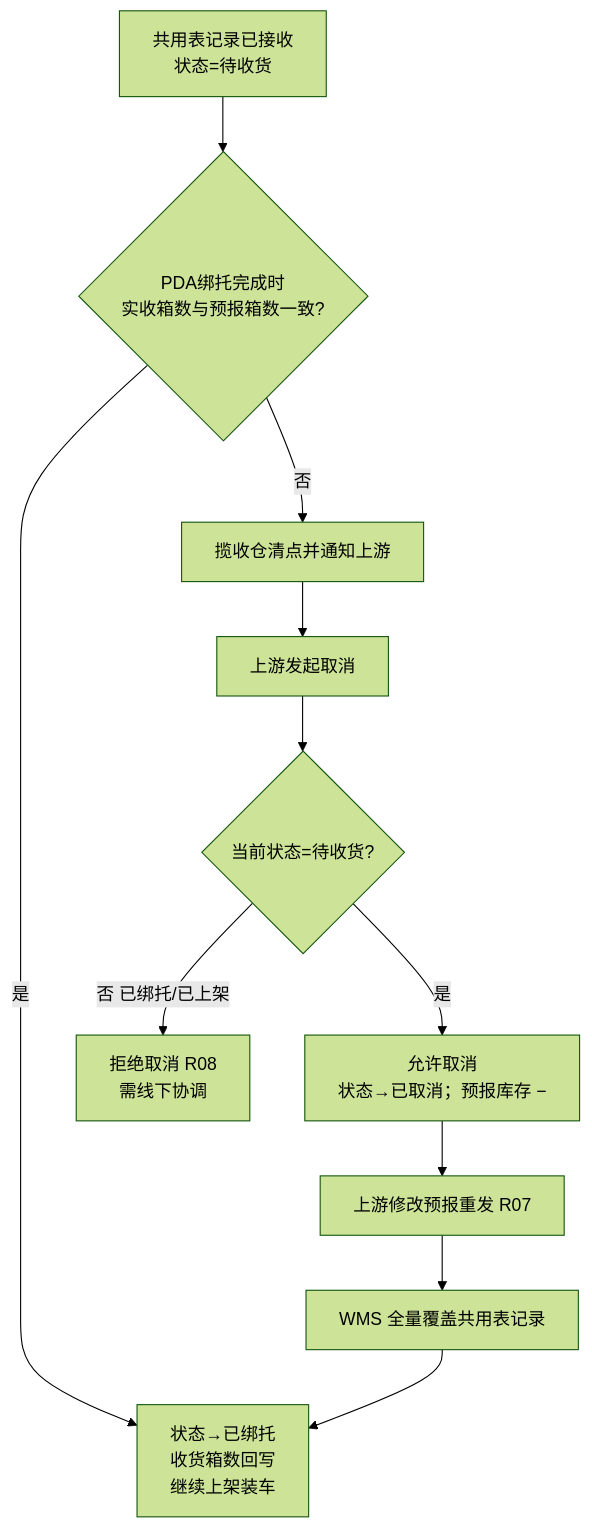
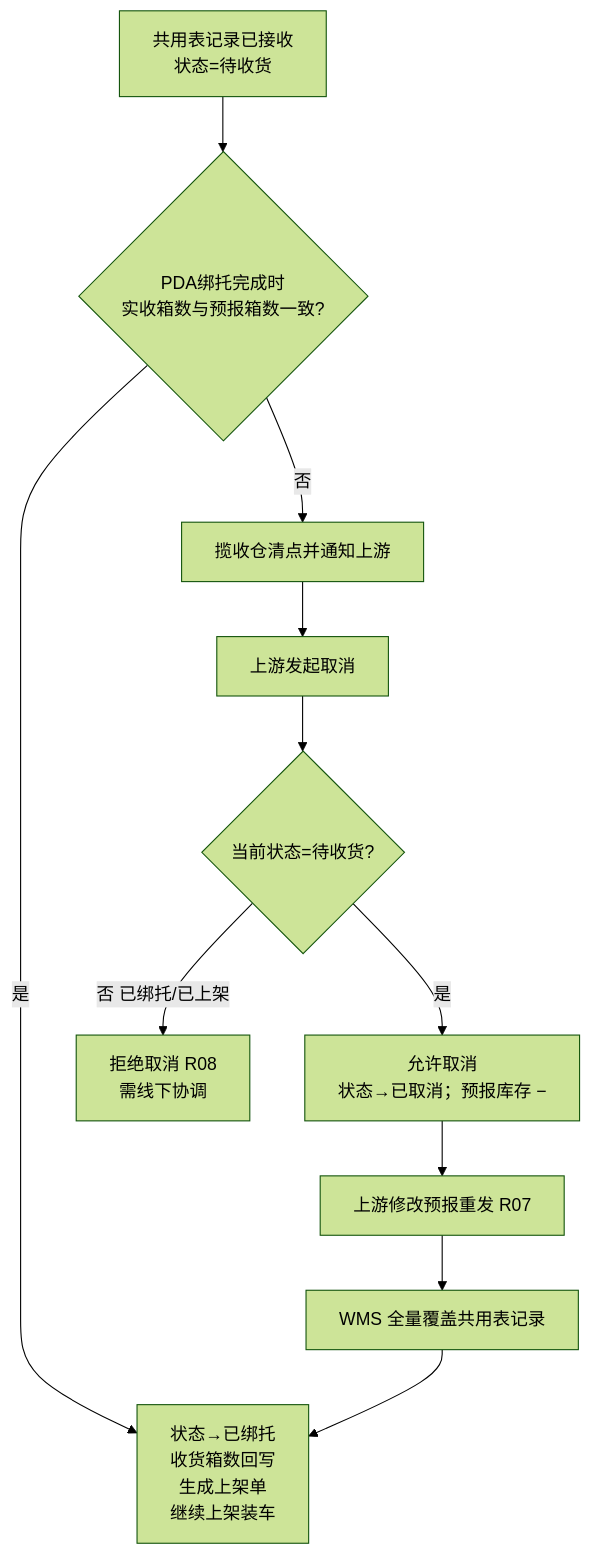
One commit to Tiana-1720/wms-inbound-demo changed the second of 2 diagrams in prd-docs/01-加盟商揽收仓需求/01-业务流程推演.md. Above: the diagram before and after it, drawn with Mermaid (forest theme). The commit also changed other lines of this file and 24 other files, not shown here.

````diff
--- a/prd-docs/01-加盟商揽收仓需求/01-业务流程推演.md
+++ b/prd-docs/01-加盟商揽收仓需求/01-业务流程推演.md
@@ -184,13 +186,13 @@
 ```mermaid
 flowchart TD
     A[共用表记录已接收<br/>状态=待收货] --> B{PDA绑托完成时<br/>实收箱数与预报箱数一致?}
-    B -->|是| C[状态→已绑托<br/>收货箱数回写<br/>继续上架装车]
+    B -->|是| C[状态→已绑托<br/>收货箱数回写<br/>生成上架单<br/>继续上架装车]
     B -->|否| D[揽收仓清点并通知上游]
     D --> E[上游发起取消]
     E --> F{当前状态=待收货?}
     F -->|否 已绑托/已上架| G[拒绝取消 R08<br/>需线下协调]
     F -->|是| H[允许取消<br/>状态→已取消；预报库存 −]
     H --> I[上游修改预报重发 R07]
     I --> J[WMS 全量覆盖共用表记录]
     J --> C
 ```
````
